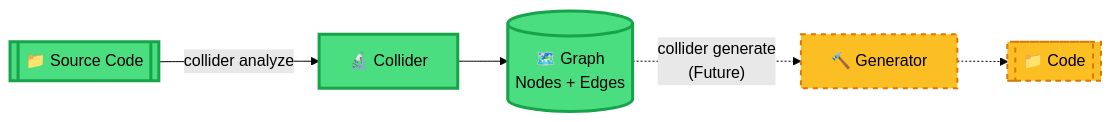
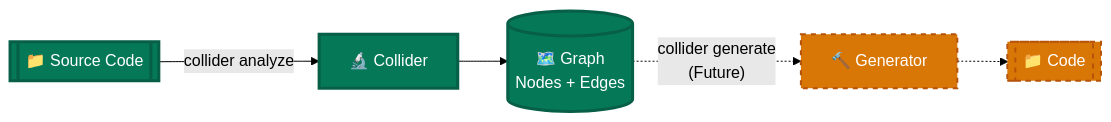
The first of 2 diagrams in README.md (leolech14/standard-model-for-computer-language), drawn with Mermaid (forest theme) before and after one commit. The commit also changed other lines of this file, not shown here.

Commit message:
style: Improve diagram color contrast
- Green: #4ade80 → #047857 (darker, WCAG AA compliant)
- Orange: #fbbf24 → #d97706 (darker amber)
- White text (color:#fff) for all nodes
Better readability on GitHub light/dark themes

````diff
--- a/README.md
+++ b/README.md
@@ -114,13 +114,13 @@
 ```mermaid
 graph LR
     CODE1[["📁 Source Code"]] -->|"collider analyze"| COLLIDER["🔬 Collider"]
     COLLIDER --> GRAPH[("🗺️ Graph<br/>Nodes + Edges")]
     GRAPH -.->|"collider generate<br/>(Future)"| GEN["🔨 Generator"]
     GEN -.-> CODE2[["📁 Code"]]
     
-    classDef implemented fill:#4ade80,stroke:#16a34a,stroke-width:3px
-    classDef future fill:#fbbf24,stroke:#d97706,stroke-width:2px,stroke-dasharray:5 5
+    classDef implemented fill:#047857,stroke:#065f46,stroke-width:3px,color:#fff
+    classDef future fill:#d97706,stroke:#b45309,stroke-width:2px,stroke-dasharray:5 5,color:#fff
     
     class CODE1,COLLIDER,GRAPH implemented
     class GEN,CODE2 future
 ```
````
